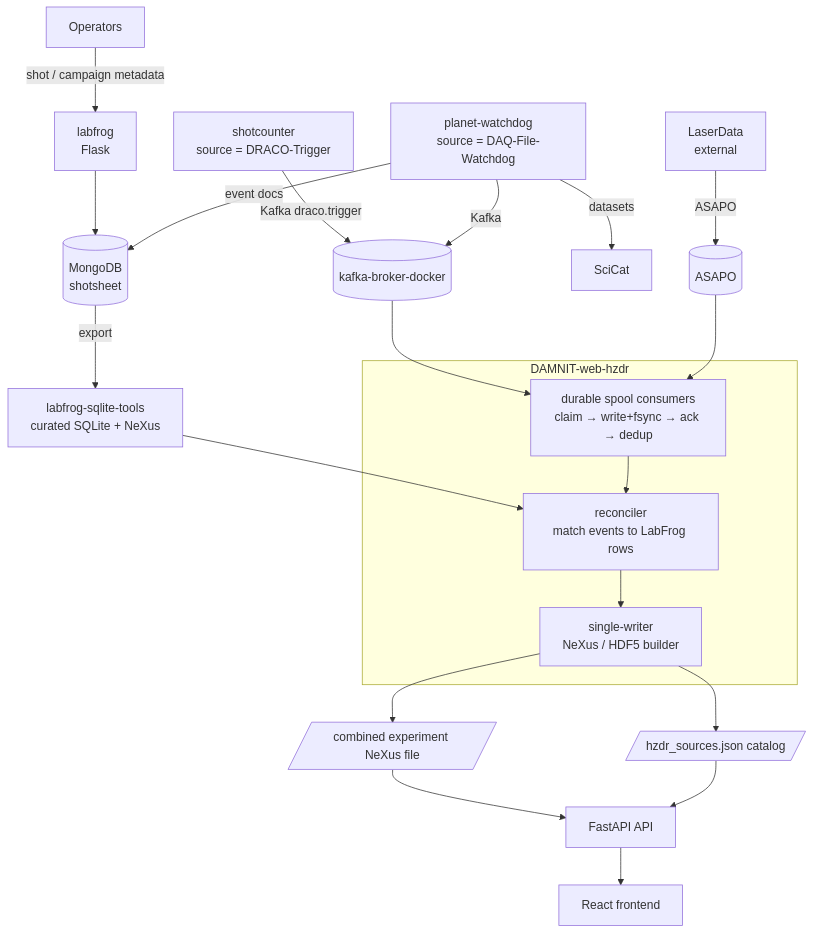
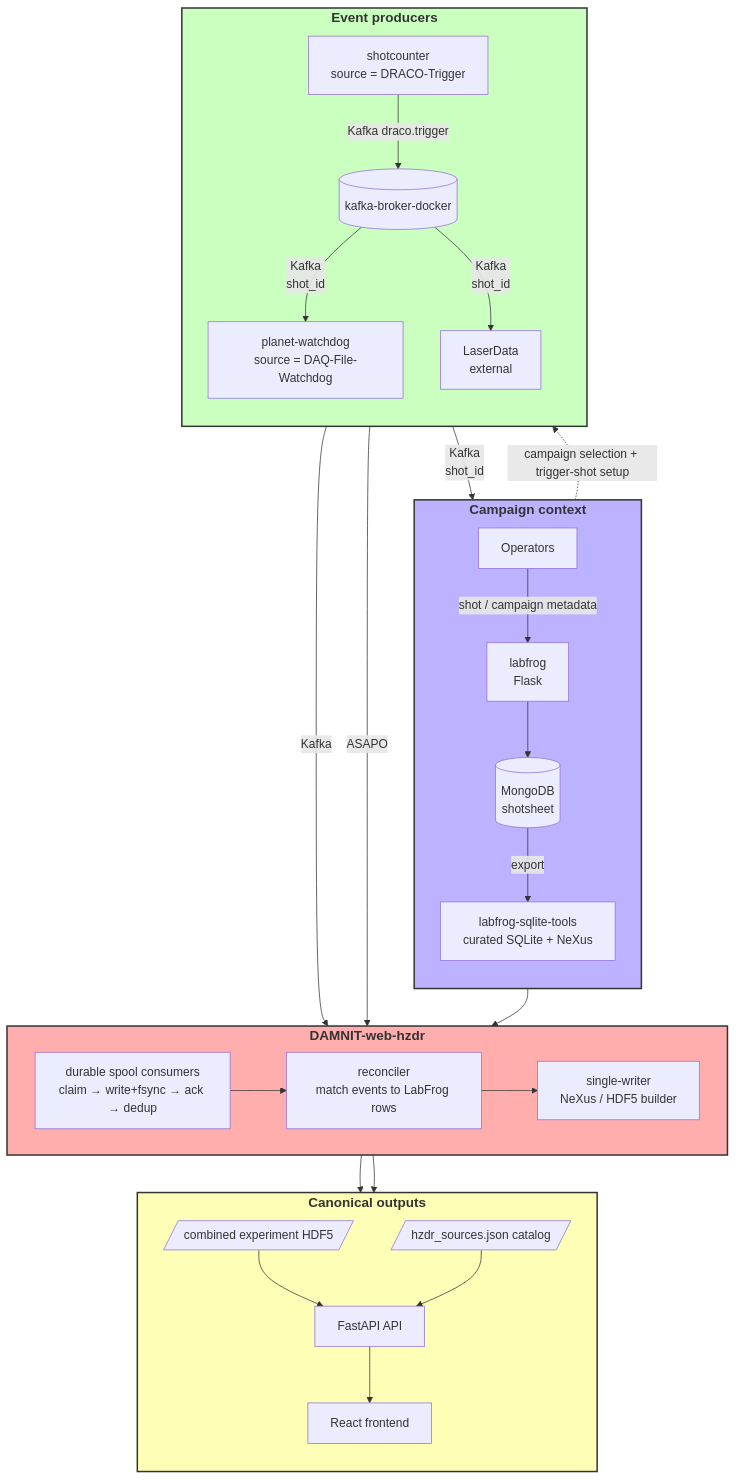
One commit to European-XFEL/DAMNIT-web changed the diagram in docs/system-overview.md. Above: the diagram before and after it, drawn with Mermaid. The commit also changed other lines of this file and 7 other files, not shown here.

````diff
--- a/docs/system-overview.md
+++ b/docs/system-overview.md
@@ -37,29 +37,58 @@
 ```mermaid
 flowchart TD
-    OP[Operators] -->|shot / campaign metadata| LF[labfrog<br/>Flask]
-    LF --> MDB[(MongoDB<br/>shotsheet)]
-    MDB -->|export| LST[labfrog-sqlite-tools<br/>curated SQLite + NeXus]
+    subgraph Context [Campaign context]
+        direction TB
+        OP[Operators] -->|shot / campaign metadata| LF[labfrog<br/>Flask]
+        LF --> MDB[(MongoDB<br/>shotsheet)]
+        MDB -->|export| LST[labfrog-sqlite-tools<br/>curated SQLite + NeXus]
+    end
 
-    SC[shotcounter<br/>source = DRACO-Trigger] -->|Kafka draco.trigger| KB[(kafka-broker-docker)]
-    PW[planet-watchdog<br/>source = DAQ-File-Watchdog] -->|Kafka| KB
-    PW -->|event docs| MDB
-    PW -->|datasets| SCAT[SciCat]
-    LD[LaserData<br/>external] -->|ASAPO| AS[(ASAPO)]
+    style Context fill:#BDB2FF,stroke:#333,stroke-width:2px
 
-    KB --> SPOOL
-    AS --> SPOOL
-    LST --> REC
+    subgraph Producers [Event producers]
+        direction TB
+        SC[shotcounter<br/>source = DRACO-Trigger] -->|Kafka draco.trigger| KB[(kafka-broker-docker)]
+        KB -->|Kafka<br/>shot_id| PW[planet-watchdog<br/>source = DAQ-File-Watchdog]
+        KB -->|Kafka<br/>shot_id| LD[LaserData<br/>external]
+    end
+
+    style Producers fill:#CAFFBF,stroke:#333,stroke-width:2px
 
     subgraph DW [DAMNIT-web-hzdr]
+        direction LR
         SPOOL["durable spool consumers<br/>claim → write+fsync → ack → dedup"]
         REC["reconciler<br/>match events to LabFrog rows"]
-        BLD[single-writer<br/>NeXus / HDF5 builder]
+        BLD["single-writer<br/>NeXus / HDF5 builder"]
         SPOOL --> REC --> BLD
     end
 
-    BLD --> NX[/combined experiment NeXus file/]
-    BLD --> CAT[/hzdr_sources.json catalog/]
-    NX --> API[FastAPI API]
-    CAT --> API
-    API --> FE[React frontend]
+    style DW fill:#FFADAD,stroke:#333,stroke-width:2px
+
+    subgraph Outputs [Canonical outputs]
+        direction TB
+        NX[/combined experiment HDF5/]
+        CAT[/hzdr_sources.json catalog/]
+        API[FastAPI API]
+        FE[React frontend]
+        NX --> API
+        CAT --> API
+        API --> FE
+    end
+
+    style Outputs fill:#FDFFB6,stroke:#333,stroke-width:2px
+
+    classDef customTitle font-size: 18px, font-weight: bold, fill: transparent, stroke-width:0px;
+    class Context customTitle;
+    class Producers customTitle;
+    class Outputs customTitle;
+    class DW customTitle;
+    
+    KB -->|Kafka<br/>shot_id| LF
+    OP -.->|campaign selection + trigger-shot setup| SC
+    PW -->|Kafka| SPOOL
+    LD -->|ASAPO| SPOOL
+    LST --> REC
+
+    BLD --> NX
+    BLD --> CAT
 ```
````
